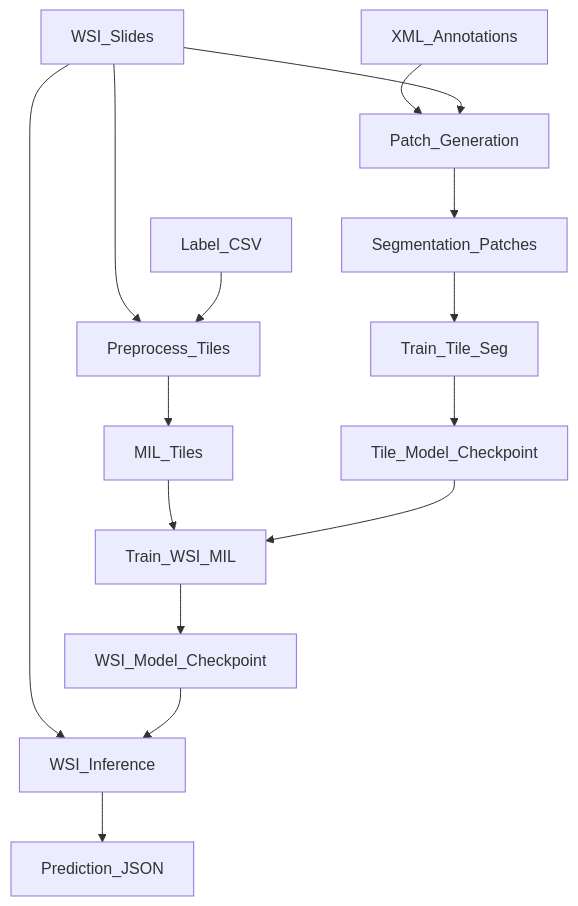
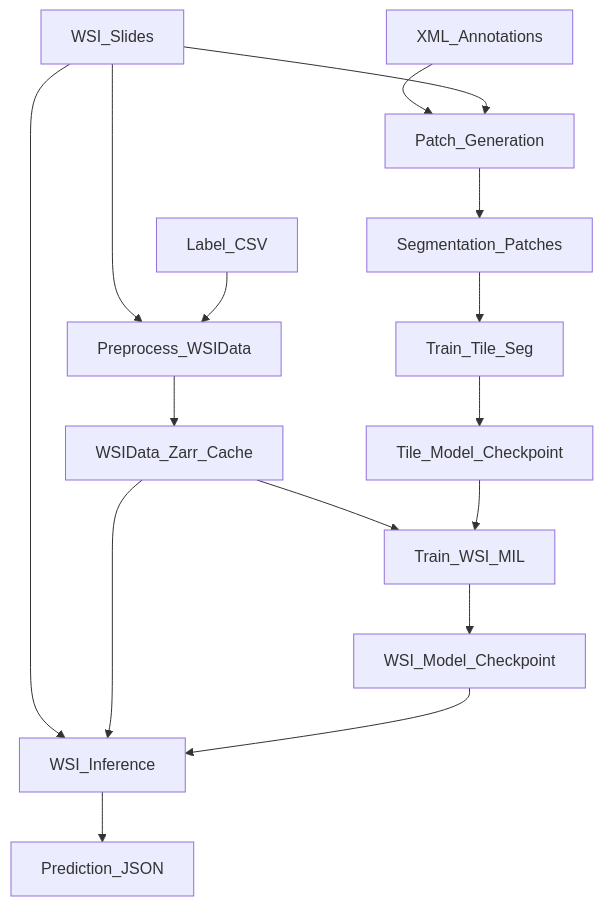
One commit to Cauch-BS/kidpro changed the diagram in docs/architecture.md. Above: the diagram before and after it, drawn with Mermaid. The commit also changed other lines of this file and 25 other files, not shown here.

````diff
--- a/docs/architecture.md
+++ b/docs/architecture.md
@@ -8,19 +8,20 @@
 ```mermaid
 flowchart TD
-  WSI[WSI_Slides] --> Preprocess[Preprocess_Tiles]
+  WSI[WSI_Slides] --> Preprocess[Preprocess_WSIData]
   Labels[Label_CSV] --> Preprocess
-  Preprocess --> MILTiles[MIL_Tiles]
-  MILTiles --> TrainWSI[Train_WSI_MIL]
+  Preprocess --> WSIDataCache[WSIData_Zarr_Cache]
+  WSIDataCache --> TrainWSI[Train_WSI_MIL]
   TrainWSI --> WSIModel[WSI_Model_Checkpoint]
 
   XML[XML_Annotations] --> PatchGen[Patch_Generation]
   WSI --> PatchGen
   PatchGen --> PatchDataset[Segmentation_Patches]
   PatchDataset --> TrainTile[Train_Tile_Seg]
   TrainTile --> TileModel[Tile_Model_Checkpoint]
   TileModel --> TrainWSI
 
   WSI --> Inference[WSI_Inference]
+  WSIDataCache --> Inference
   WSIModel --> Inference
   Inference --> Prediction[Prediction_JSON]
 ```
````
